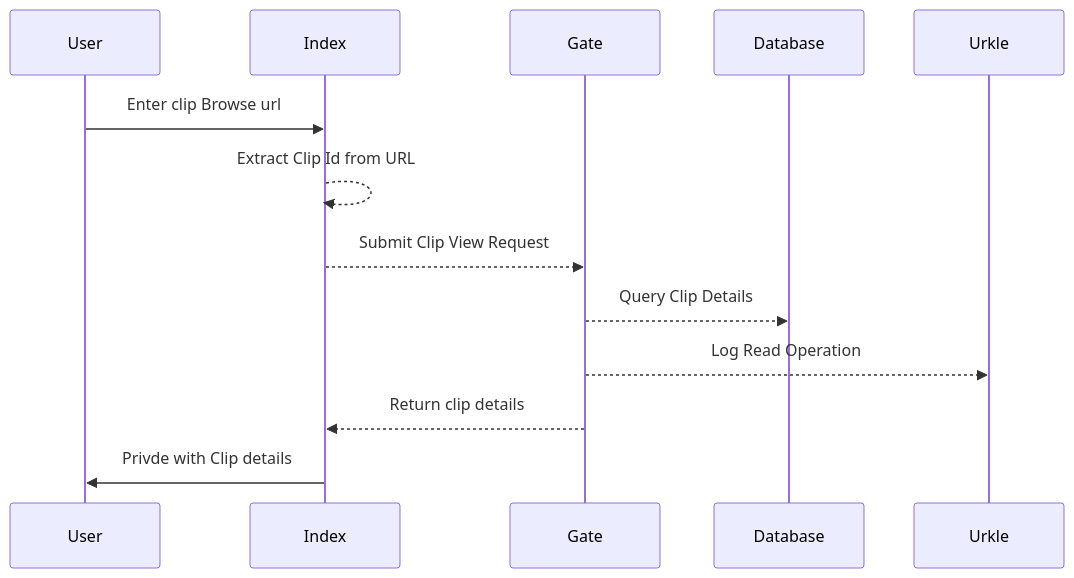
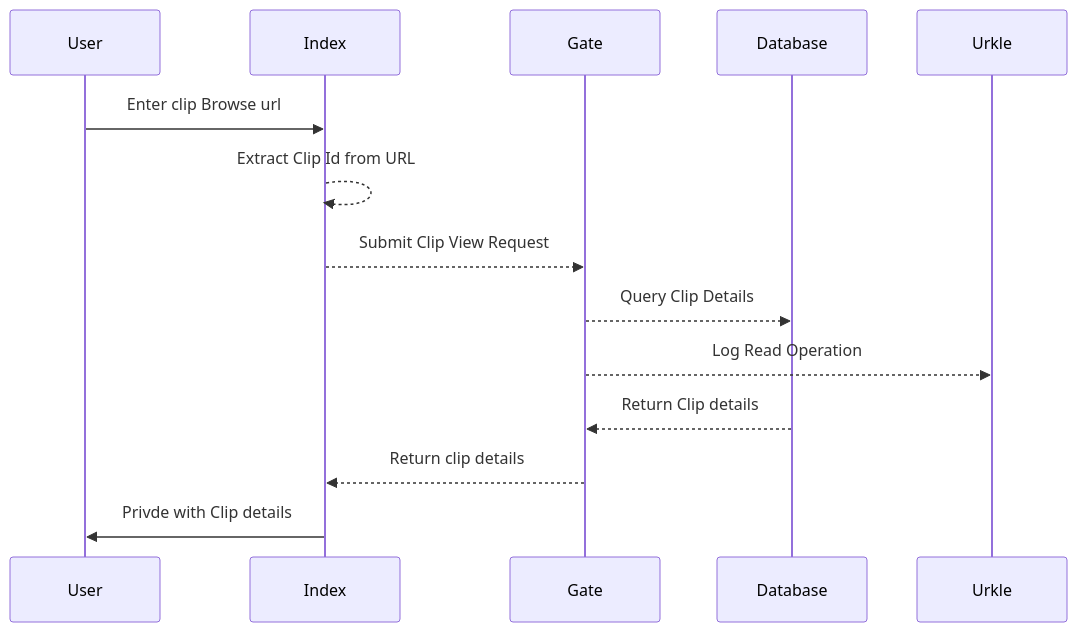
One commit to Karim-W/clippy changed the third of 3 diagrams in README.md. Above: the diagram before and after it, drawn with Mermaid.

Commit message:
fixed up the access workflow

````diff
--- a/README.md
+++ b/README.md
@@ -45,10 +45,11 @@
 ```mermaid
 sequenceDiagram  
  User->>Index: Enter clip Browse url 
  Index-->>Index: Extract Clip Id from URL
  Index-->>Gate: Submit Clip View Request
  Gate-->>Database: Query Clip Details
  Gate-->>Urkle: Log Read Operation
+ Database-->>Gate: Return Clip details
  Gate-->>Index: Return clip details
  Index->>User: Privde with Clip details  
 ```
````
